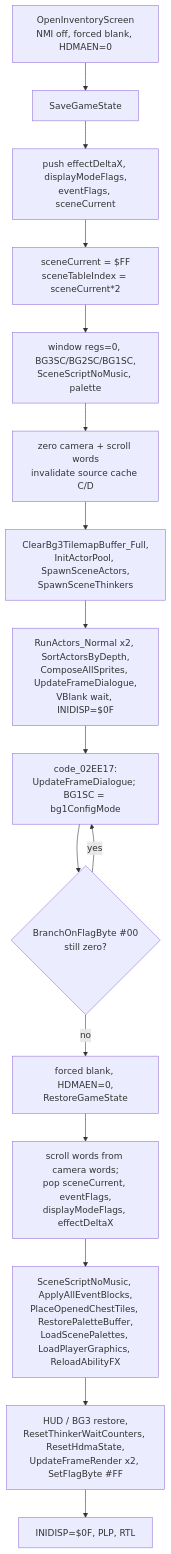
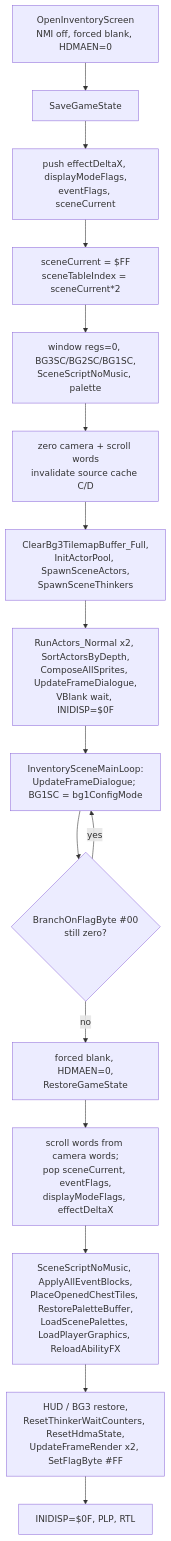
Before and after one commit to Azarem/gaia-iog-baserom: the diagram in docs/code/bank02/inventory-overlay.md, drawn with Mermaid. The commit also changed other lines of this file and 96 other files, not shown here.

````diff
--- a/docs/code/bank02/inventory-overlay.md
+++ b/docs/code/bank02/inventory-overlay.md
@@ -22,18 +22,18 @@
 ```mermaid
 flowchart TD
     OPEN["OpenInventoryScreen<br/>NMI off, forced blank, HDMAEN=0"] --> SAVE["SaveGameState"]
     SAVE --> PUSH["push effectDeltaX, displayModeFlags,<br/>eventFlags, sceneCurrent"]
     PUSH --> SCENE["sceneCurrent = $FF<br/>sceneTableIndex = sceneCurrent*2"]
     SCENE --> PPU["window regs=0, BG3SC/BG2SC/BG1SC,<br/>SceneScriptNoMusic, palette"]
     PPU --> ZERO["zero camera + scroll words<br/>invalidate source cache C/D"]
     ZERO --> SPAWN["ClearBg3TilemapBuffer_Full,<br/>InitActorPool, SpawnSceneActors,<br/>SpawnSceneThinkers"]
     SPAWN --> FIRST["RunActors_Normal x2, SortActorsByDepth,<br/>ComposeAllSprites, UpdateFrameDialogue,<br/>VBlank wait, INIDISP=$0F"]
-    FIRST --> LOOP["code_02EE17:<br/>UpdateFrameDialogue; BG1SC = bg1ConfigMode"]
+    FIRST --> LOOP["InventorySceneMainLoop:<br/>UpdateFrameDialogue; BG1SC = bg1ConfigMode"]
     LOOP --> EXIT{"BranchOnFlagByte #00<br/>still zero?"}
     EXIT -->|yes| LOOP
     EXIT -->|no| CLOSE["forced blank, HDMAEN=0,<br/>RestoreGameState"]
     CLOSE --> POP["scroll words from camera words;<br/>pop sceneCurrent, eventFlags,<br/>displayModeFlags, effectDeltaX"]
     POP --> RELOAD["SceneScriptNoMusic, ApplyAllEventBlocks,<br/>PlaceOpenedChestTiles, RestorePaletteBuffer,<br/>LoadScenePalettes, LoadPlayerGraphics, ReloadAbilityFX"]
     RELOAD --> HUD["HUD / BG3 restore,<br/>ResetThinkerWaitCounters, ResetHdmaState,<br/>UpdateFrameRender x2, SetFlagByte #FF"]
     HUD --> DONE["INIDISP=$0F, PLP, RTL"]
 ```
````
